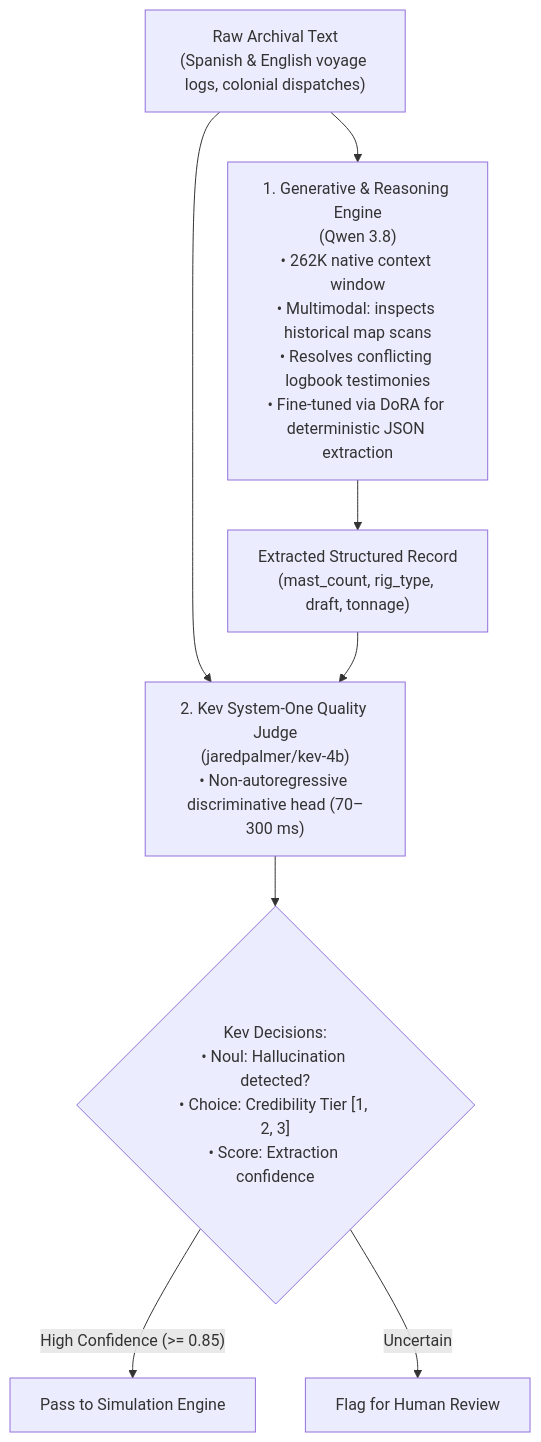
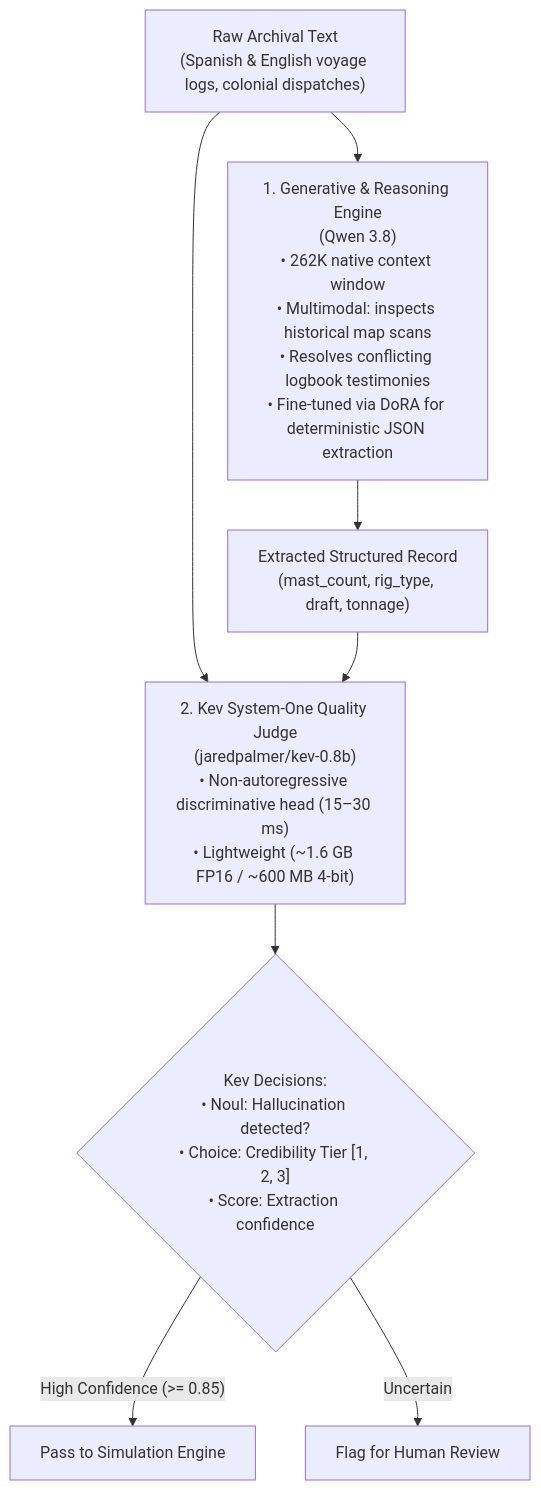
One commit to IanConery/stochastic-marine-drift changed the diagram in src/agents/README.md. Above: the diagram before and after it, drawn with Mermaid. The commit also changed other lines of this file and 17 other files, not shown here.

````diff
--- a/src/agents/README.md
+++ b/src/agents/README.md
@@ -11,14 +11,14 @@
 ```mermaid
 flowchart TD
     RAW["Raw Archival Text<br/>(Spanish & English voyage logs, colonial dispatches)"] --> QWEN["1. Generative & Reasoning Engine<br/>(Qwen 3.8)<br/>• 262K native context window<br/>• Multimodal: inspects historical map scans<br/>• Resolves conflicting logbook testimonies<br/>• Fine-tuned via DoRA for deterministic JSON extraction"]
 
     QWEN --> JSON["Extracted Structured Record<br/>(mast_count, rig_type, draft, tonnage)"]
 
-    RAW --> KEV["2. Kev System-One Quality Judge<br/>(jaredpalmer/kev-4b)<br/>• Non-autoregressive discriminative head (70–300 ms)"]
+    RAW --> KEV["2. Kev System-One Quality Judge<br/>(jaredpalmer/kev-0.8b)<br/>• Non-autoregressive discriminative head (15–30 ms)<br/>• Lightweight (~1.6 GB FP16 / ~600 MB 4-bit)"]
     JSON --> KEV
 
     KEV --> VERDICT{"Kev Decisions:<br/>• Noul: Hallucination detected?<br/>• Choice: Credibility Tier [1, 2, 3]<br/>• Score: Extraction confidence"}
 
     VERDICT -- "High Confidence (>= 0.85)" --> ENGINE["Pass to Simulation Engine"]
     VERDICT -- "Uncertain" --> REVIEW["Flag for Human Review"]
 ```
````
